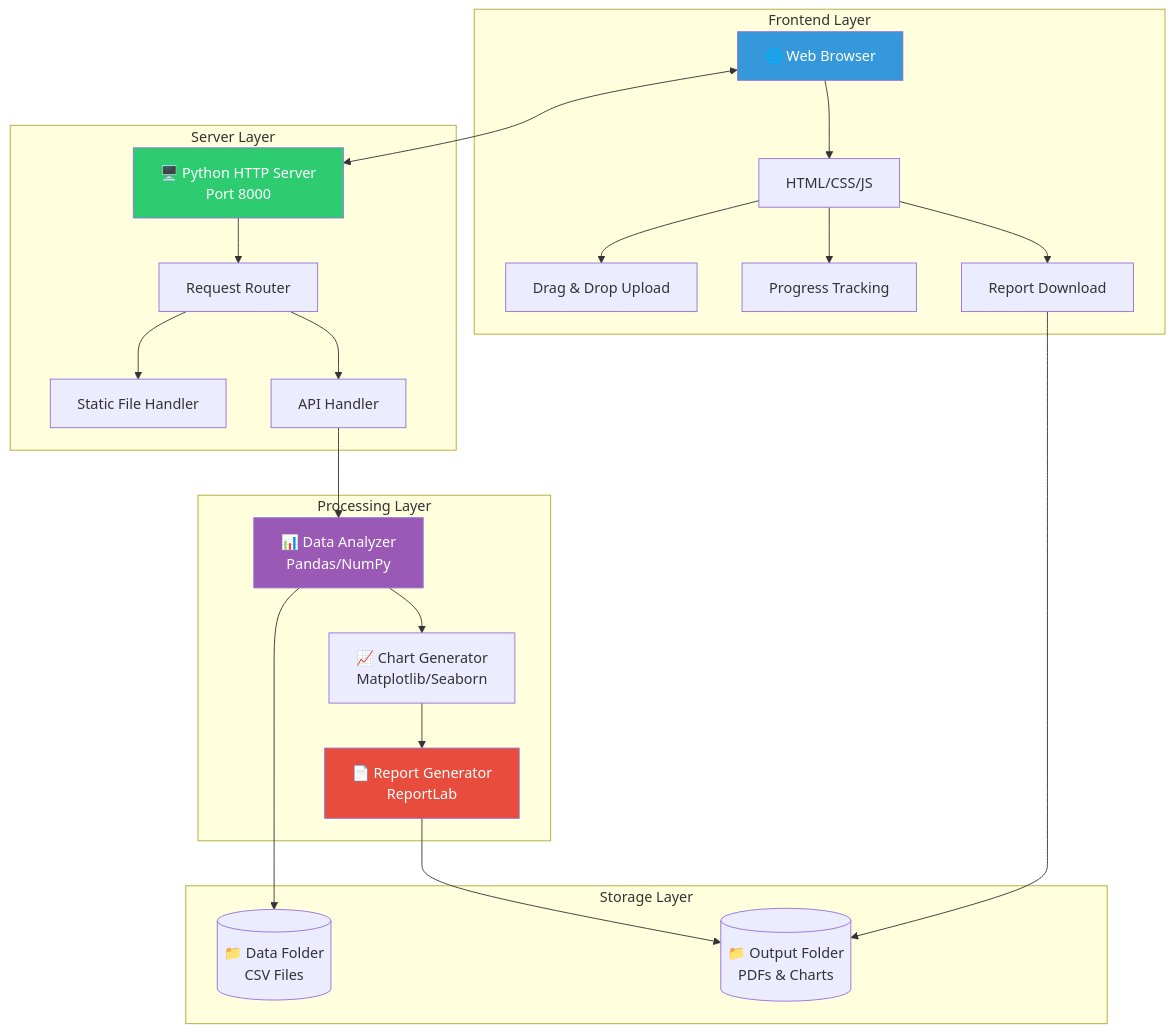
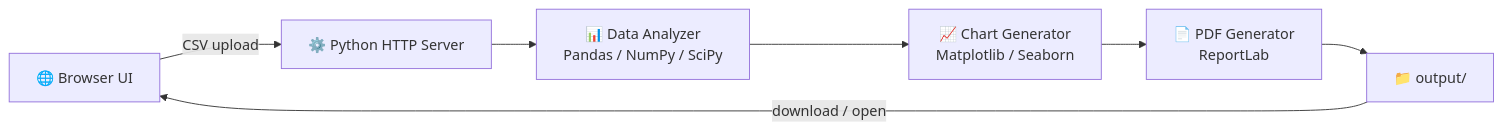
The diagram in README.md (amaanshaikh711/Insightify-), drawn with Mermaid before and after one commit. The commit also changed other lines of this file and 1 other file, not shown here.

````diff
--- a/README.md
+++ b/README.md
@@ -121,36 +169,9 @@
 ```mermaid
-graph TB
-    subgraph "Frontend Layer"
-        A[🌐 Web Browser] --> B[HTML/CSS/JS]
-        B --> C[Drag & Drop Upload]
-        B --> D[Progress Tracking]
-        B --> E[Report Download]
-    end
-    
-    subgraph "Server Layer"
-        F[🖥️ Python HTTP Server<br/>Port 8000] --> G[Request Router]
-        G --> H[Static File Handler]
-        G --> I[API Handler]
-    end
-    
-    subgraph "Processing Layer"
-        I --> J[📊 Data Analyzer<br/>Pandas/NumPy]
-        J --> K[📈 Chart Generator<br/>Matplotlib/Seaborn]
-        K --> L[📄 Report Generator<br/>ReportLab]
-    end
-    
-    subgraph "Storage Layer"
-        M[(📁 Data Folder<br/>CSV Files)]
-        N[(📁 Output Folder<br/>PDFs & Charts)]
-    end
-    
-    A <--> F
-    J --> M
-    L --> N
-    E --> N
-    
-    style A fill:#3498db,color:#fff
-    style F fill:#2ecc71,color:#fff
-    style J fill:#9b59b6,color:#fff
-    style L fill:#e74c3c,color:#fff
+flowchart LR
+    A[🌐 Browser UI] -->|CSV upload| B[⚙️ Python HTTP Server]
+    B --> C[📊 Data Analyzer<br/>Pandas / NumPy / SciPy]
+    C --> D[📈 Chart Generator<br/>Matplotlib / Seaborn]
+    D --> E[📄 PDF Generator<br/>ReportLab]
+    E --> F[📁 output/]
+    F -->|download / open| A
 ```
````
